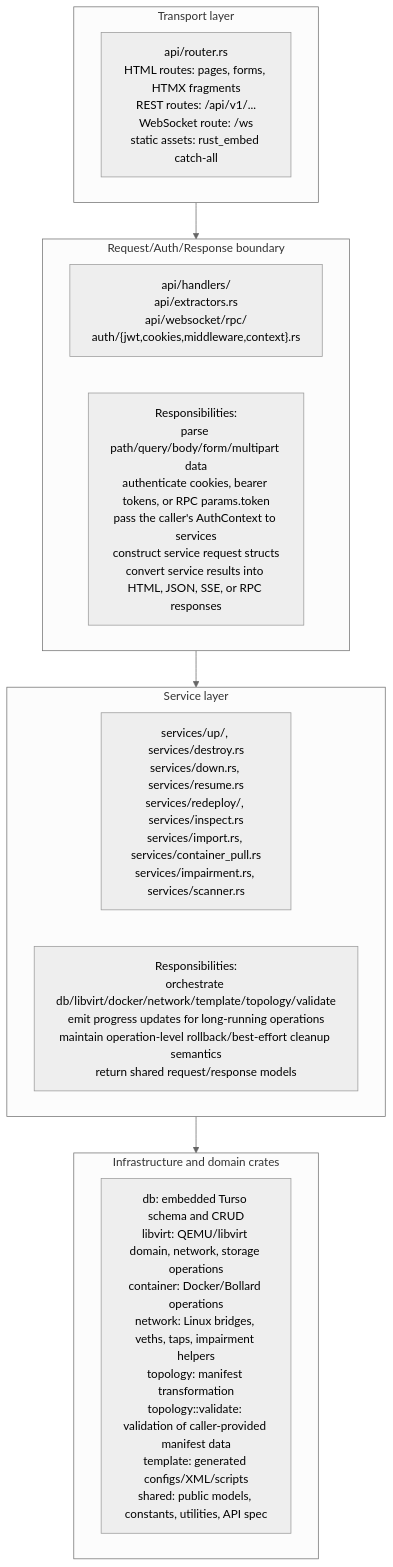
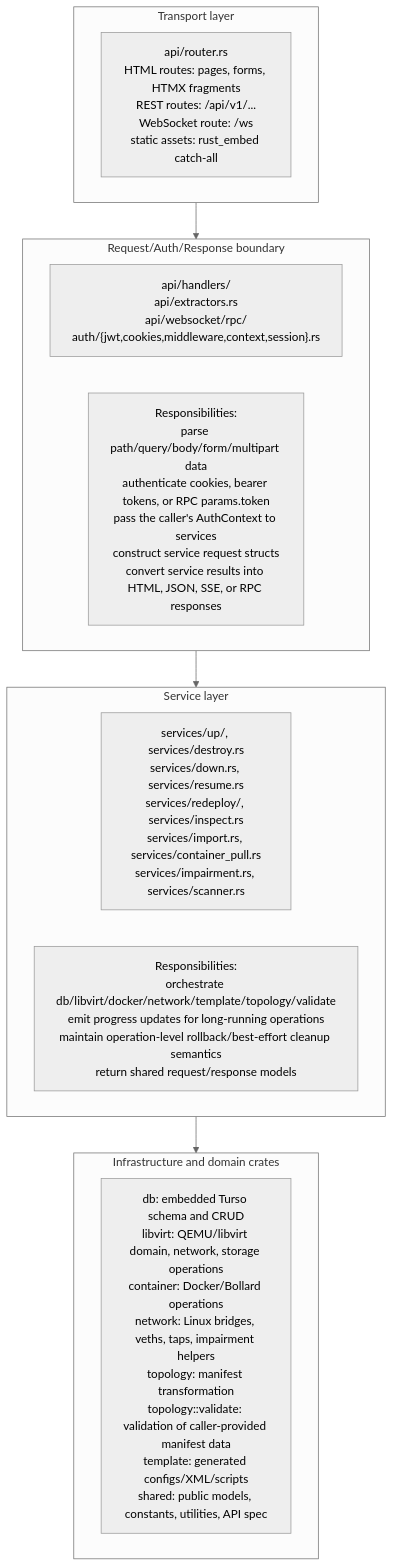
One commit to bwks/sherpa changed the second of 26 diagrams in docs/architecture/SERVER.md. Above: the diagram before and after it, drawn with Mermaid (neutral theme). The commit also changed other lines of this file and 71 other files, not shown here.

````diff
--- a/docs/architecture/SERVER.md
+++ b/docs/architecture/SERVER.md
@@ -35,20 +35,20 @@
 ```mermaid
 flowchart TB
     subgraph transport["Transport layer"]
         router["api/router.rs<br/>HTML routes: pages, forms, HTMX fragments<br/>REST routes: /api/v1/...<br/>WebSocket route: /ws<br/>static assets: rust_embed catch-all"]
     end
     subgraph boundary["Request/Auth/Response boundary"]
-        boundaryfiles["api/handlers/<br/>api/extractors.rs<br/>api/websocket/rpc/<br/>auth/{jwt,cookies,middleware,context}.rs"]
+        boundaryfiles["api/handlers/<br/>api/extractors.rs<br/>api/websocket/rpc/<br/>auth/{jwt,cookies,middleware,context,session}.rs"]
         boundaryduties["Responsibilities:<br/>parse path/query/body/form/multipart data<br/>authenticate cookies, bearer tokens, or RPC params.token<br/>pass the caller's AuthContext to services<br/>construct service request structs<br/>convert service results into HTML, JSON, SSE, or RPC responses"]
     end
     subgraph servicelayer["Service layer"]
         servicefiles["services/up/, services/destroy.rs<br/>services/down.rs, services/resume.rs<br/>services/redeploy/, services/inspect.rs<br/>services/import.rs, services/container_pull.rs<br/>services/impairment.rs, services/scanner.rs"]
         serviceduties["Responsibilities:<br/>orchestrate db/libvirt/docker/network/template/topology/validate<br/>emit progress updates for long-running operations<br/>maintain operation-level rollback/best-effort cleanup semantics<br/>return shared request/response models"]
     end
     subgraph infra["Infrastructure and domain crates"]
         crates["db: embedded Turso schema and CRUD<br/>libvirt: QEMU/libvirt domain, network, storage operations<br/>container: Docker/Bollard operations<br/>network: Linux bridges, veths, taps, impairment helpers<br/>topology: manifest transformation<br/>topology::validate: validation of caller-provided manifest data<br/>template: generated configs/XML/scripts<br/>shared: public models, constants, utilities, API spec"]
     end
     transport --> boundary
     boundary --> servicelayer
     servicelayer --> infra
 ```
````
